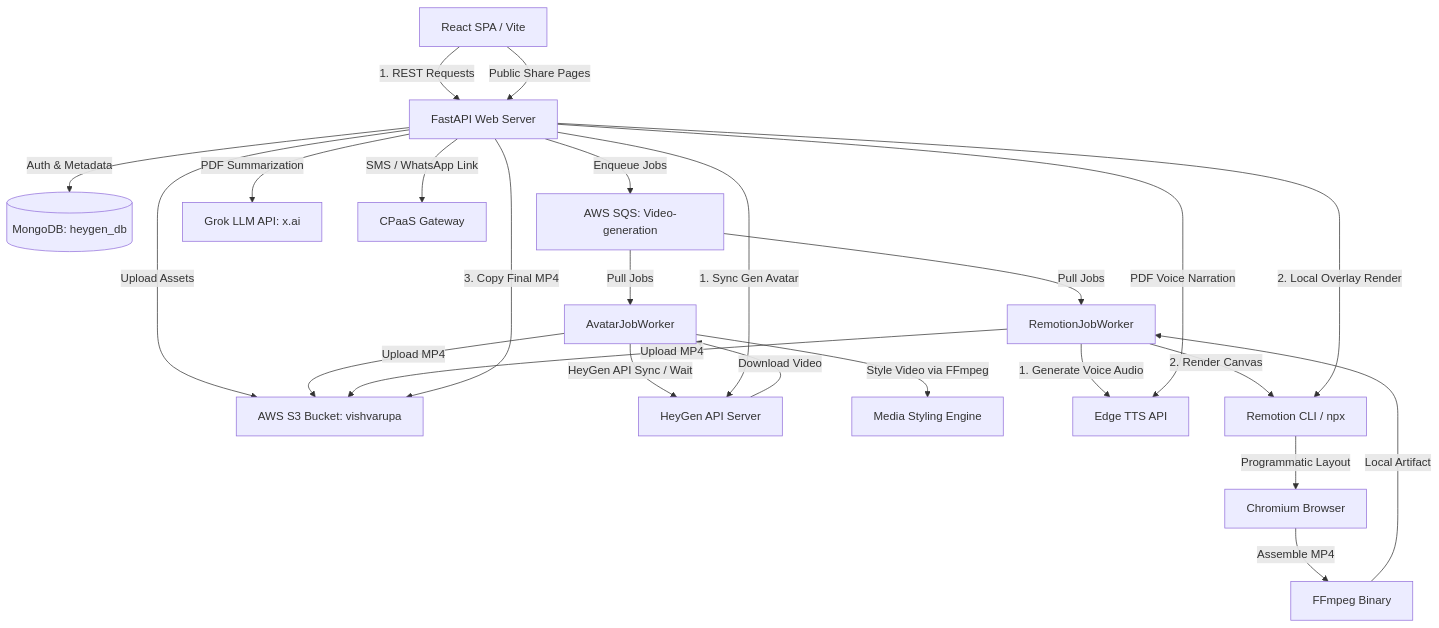
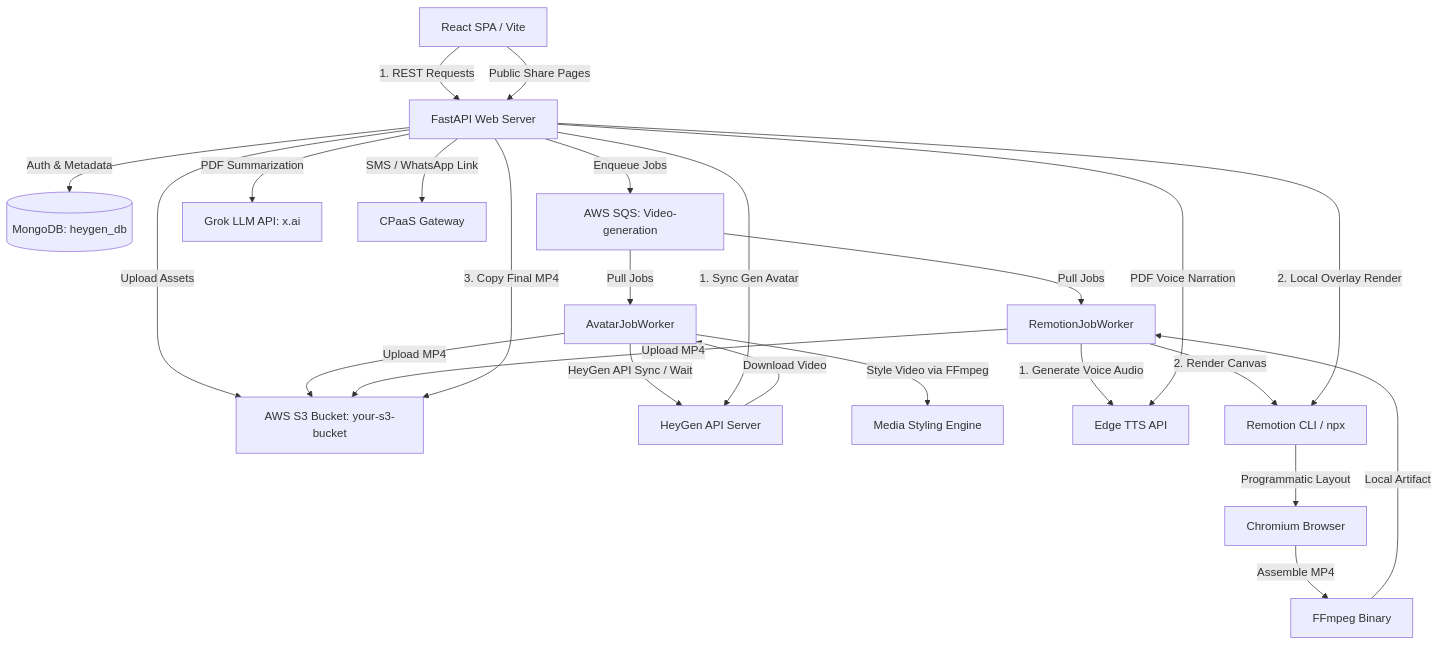
The diagram in docs/project-deepdive.md (AniketsML/VideoGenerationPlatform), drawn with Mermaid before and after one commit. The commit also changed other lines of this file and 4 other files, not shown here.

````diff
--- a/docs/project-deepdive.md
+++ b/docs/project-deepdive.md
@@ -16,40 +16,40 @@
 ```mermaid
 graph TD
     %% Frontend Interaction
     FE[React SPA / Vite] -->|1. REST Requests| API[FastAPI Web Server]
     FE -->|Public Share Pages| API
     
     %% Backend Layer
     API -->|Auth & Metadata| DB[(MongoDB: heygen_db)]
-    API -->|Upload Assets| S3[AWS S3 Bucket: vishvarupa]
+    API -->|Upload Assets| S3[AWS S3 Bucket: your-s3-bucket]
     API -->|Enqueue Jobs| SQS[AWS SQS: Video-generation]
     
     %% Queue & Processing Layer
     SQS -->|Pull Jobs| ABW[AvatarJobWorker]
     SQS -->|Pull Jobs| RBW[RemotionJobWorker]
     
     %% Workers Integration
     ABW -->|HeyGen API Sync / Wait| HG[HeyGen API Server]
     HG -->|Download Video| ABW
     ABW -->|Style Video via FFmpeg| MSE[Media Styling Engine]
     
     RBW -->|1. Generate Voice Audio| ETTS[Edge TTS API]
     RBW -->|2. Render Canvas| REM[Remotion CLI / npx]
     REM -->|Programmatic Layout| Chromium[Chromium Browser]
     Chromium -->|Assemble MP4| FFmpeg[FFmpeg Binary]
     FFmpeg -->|Local Artifact| RBW
     
     %% Hybrid PIP Direct Orchestration (Sync / Threaded)
     API -->|1. Sync Gen Avatar| HG
     API -->|2. Local Overlay Render| REM
     
     %% Final Storage
     ABW -->|Upload MP4| S3
     RBW -->|Upload MP4| S3
     API -->|3. Copy Final MP4| S3
     
     %% Talking PDF Integrations
     API -->|PDF Summarization| Grok[Grok LLM API: x.ai]
     API -->|PDF Voice Narration| ETTS
     API -->|SMS / WhatsApp Link| CPaaS[CPaaS Gateway]
 ```
````
